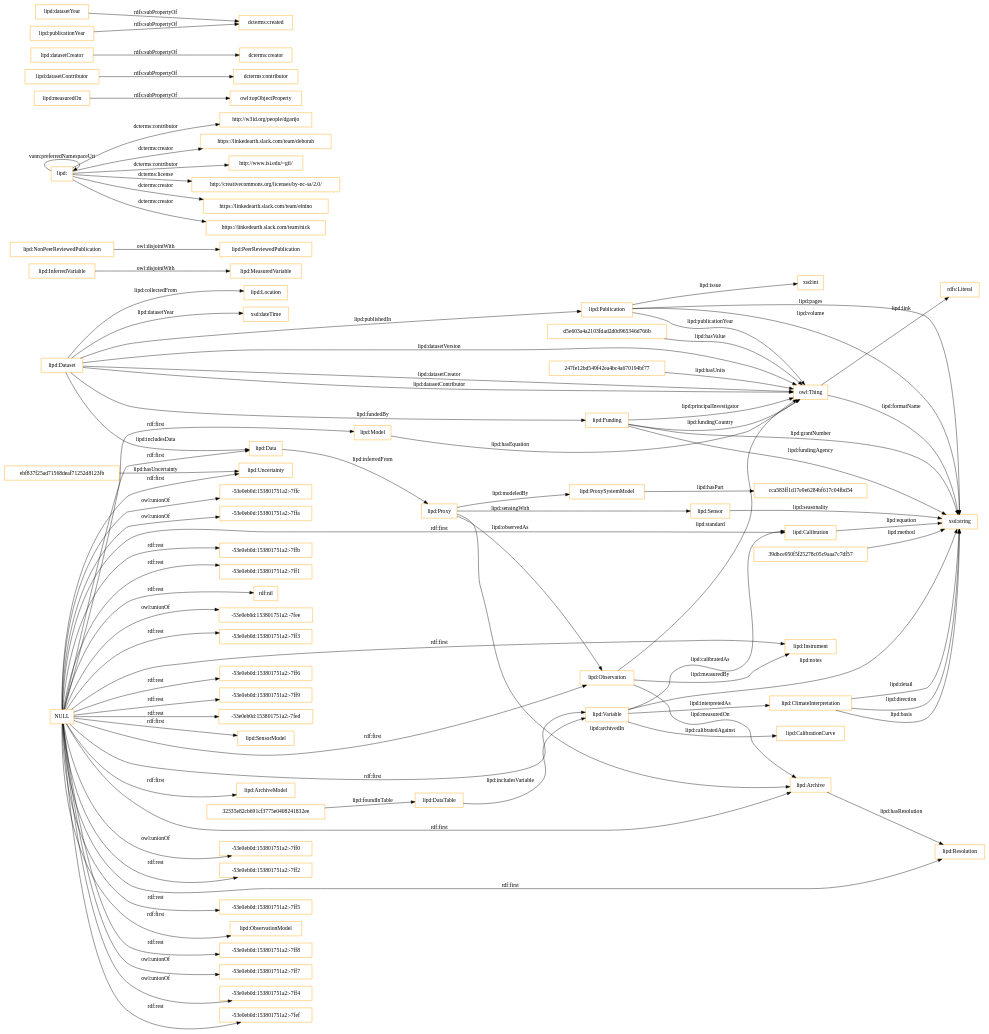
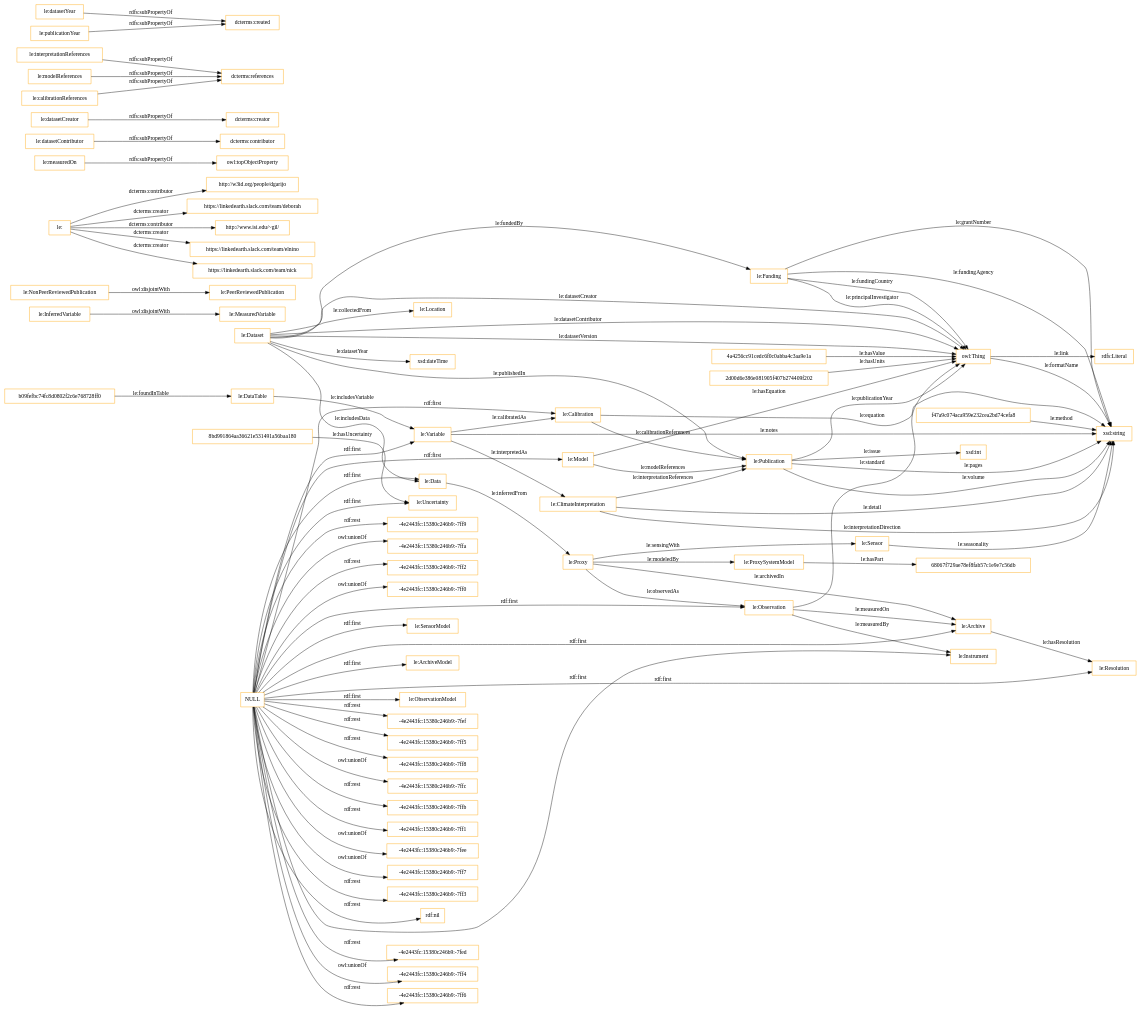
One commit to dgarijo/Ontology changed the diagram in OnToology/ontology.owl/diagrams/ar2dtool-class/ontology.owl.png.dot. Above: the diagram before and after it, drawn with Graphviz. The commit also changed 25 other files, not shown here.

```diff
--- a/OnToology/ontology.owl/diagrams/ar2dtool-class/ontology.owl.png.dot
+++ b/OnToology/ontology.owl/diagrams/ar2dtool-class/ontology.owl.png.dot
@@ -1,93 +1,95 @@
 digraph ar2dtool_diagram { 
 rankdir=LR;
 size="1501"
-node [shape = rectangle, color="orange"]; "lipd:Sensor" "lipd:Funding" "lipd:Resolution" "lipd:Dataset" "lipd:Publication" "lipd:DataTable" "32335e82cb691cf3775e0408241832ee" "lipd:Model" "lipd:Data" "lipd:SensorModel" "lipd:Location" "lipd:CalibrationCurve" "lipd:Calibration" "lipd:InferredVariable" "lipd:NonPeerReviewedPublication" "lipd:ArchiveModel" "lipd:MeasuredVariable" "lipd:Proxy" "lipd:ProxySystemModel" "lipd:Instrument" "lipd:ObservationModel" "cca583ff1d17e9e6284bf617c04fbd54" "d5e603a4a2103fdad2d0d965346d766b" "lipd:Uncertainty" "lipd:Observation" "247fe12bd549f42ea4bc4a670194bf77" "ebf837f25ad71568deaf71252d8123fb" "lipd:ClimateInterpretation" "lipd:Variable" "lipd:Archive" "39dbce950f5f25278c05c9aaa7c7df57" "lipd:PeerReviewedPublication" ; /*classes style*/
-	"lipd:NonPeerReviewedPublication" -> "lipd:PeerReviewedPublication" [ label = "owl:disjointWith" ];
-	"lipd:" -> "http://w3id.org/people/dgarijo" [ label = "dcterms:contributor" ];
-	"lipd:" -> "https://linkedearth.slack.com/team/deborah" [ label = "dcterms:creator" ];
-	"lipd:" -> "http://www.isi.edu/~gil/" [ label = "dcterms:contributor" ];
-	"lipd:" -> "http://creativecommons.org/licenses/by-nc-sa/2.0/" [ label = "dcterms:license" ];
-	"lipd:" -> "https://linkedearth.slack.com/team/elnino" [ label = "dcterms:creator" ];
-	"lipd:" -> "https://linkedearth.slack.com/team/nick" [ label = "dcterms:creator" ];
-	"lipd:" -> "lipd:" [ label = "vann:preferredNamespaceUri" ];
-	"lipd:measuredOn" -> "owl:topObjectProperty" [ label = "rdfs:subPropertyOf" ];
-	"lipd:datasetContributor" -> "dcterms:contributor" [ label = "rdfs:subPropertyOf" ];
-	"lipd:datasetCreator" -> "dcterms:creator" [ label = "rdfs:subPropertyOf" ];
-	"NULL" -> "lipd:Instrument" [ label = "rdf:first" ];
-	"NULL" -> "lipd:SensorModel" [ label = "rdf:first" ];
-	"NULL" -> "-53e0eb0d:153801751a2:-7ff2" [ label = "rdf:rest" ];
-	"NULL" -> "-53e0eb0d:153801751a2:-7ff5" [ label = "rdf:rest" ];
-	"NULL" -> "-53e0eb0d:153801751a2:-7ff8" [ label = "rdf:rest" ];
-	"NULL" -> "lipd:Archive" [ label = "rdf:first" ];
-	"NULL" -> "lipd:ObservationModel" [ label = "rdf:first" ];
-	"NULL" -> "-53e0eb0d:153801751a2:-7ff7" [ label = "owl:unionOf" ];
-	"NULL" -> "-53e0eb0d:153801751a2:-7ff4" [ label = "owl:unionOf" ];
-	"NULL" -> "-53e0eb0d:153801751a2:-7fef" [ label = "rdf:rest" ];
-	"NULL" -> "-53e0eb0d:153801751a2:-7ffc" [ label = "owl:unionOf" ];
-	"NULL" -> "-53e0eb0d:153801751a2:-7ffa" [ label = "owl:unionOf" ];
-	"NULL" -> "lipd:Variable" [ label = "rdf:first" ];
-	"NULL" -> "-53e0eb0d:153801751a2:-7ffb" [ label = "rdf:rest" ];
-	"NULL" -> "-53e0eb0d:153801751a2:-7ff1" [ label = "rdf:rest" ];
-	"NULL" -> "lipd:Uncertainty" [ label = "rdf:first" ];
+node [shape = rectangle, color="orange"]; "le:Sensor" "b09fefbc74fc8d0802f2c6e768728ff0" "2d00d6e386e081905f407b274409f202" "le:Funding" "le:Dataset" "le:Resolution" "68067f729ae78ef8fab57c1e9e7c56db" "le:Publication" "le:DataTable" "le:Model" "le:Data" "4a4256cc91cedc6f0c0abba4c3aa9e1a" "le:SensorModel" "le:Location" "le:Calibration" "le:InferredVariable" "le:NonPeerReviewedPublication" "le:ArchiveModel" "le:MeasuredVariable" "le:Proxy" "le:ProxySystemModel" "le:Instrument" "le:ObservationModel" "le:Uncertainty" "le:Observation" "f47a9c074aca959e232cea2bd74cefa8" "le:ClimateInterpretation" "le:Variable" "8bd991864aa36621e531491a56baa180" "le:Archive" "le:PeerReviewedPublication" ; /*classes style*/
+	"le:NonPeerReviewedPublication" -> "le:PeerReviewedPublication" [ label = "owl:disjointWith" ];
+	"le:" -> "http://w3id.org/people/dgarijo" [ label = "dcterms:contributor" ];
+	"le:" -> "https://linkedearth.slack.com/team/deborah" [ label = "dcterms:creator" ];
+	"le:" -> "http://www.isi.edu/~gil/" [ label = "dcterms:contributor" ];
+	"le:" -> "https://linkedearth.slack.com/team/elnino" [ label = "dcterms:creator" ];
+	"le:" -> "https://linkedearth.slack.com/team/nick" [ label = "dcterms:creator" ];
+	"le:measuredOn" -> "owl:topObjectProperty" [ label = "rdfs:subPropertyOf" ];
+	"le:datasetContributor" -> "dcterms:contributor" [ label = "rdfs:subPropertyOf" ];
+	"le:datasetCreator" -> "dcterms:creator" [ label = "rdfs:subPropertyOf" ];
+	"le:interpretationReferences" -> "dcterms:references" [ label = "rdfs:subPropertyOf" ];
+	"le:modelReferences" -> "dcterms:references" [ label = "rdfs:subPropertyOf" ];
+	"le:calibrationReferences" -> "dcterms:references" [ label = "rdfs:subPropertyOf" ];
+	"NULL" -> "-4e2443fc:15380c246b9:-7ff5" [ label = "rdf:rest" ];
+	"NULL" -> "-4e2443fc:15380c246b9:-7ff8" [ label = "rdf:rest" ];
+	"NULL" -> "le:Instrument" [ label = "rdf:first" ];
+	"NULL" -> "le:SensorModel" [ label = "rdf:first" ];
+	"NULL" -> "-4e2443fc:15380c246b9:-7ffc" [ label = "owl:unionOf" ];
+	"NULL" -> "le:Archive" [ label = "rdf:first" ];
+	"NULL" -> "-4e2443fc:15380c246b9:-7ffb" [ label = "rdf:rest" ];
+	"NULL" -> "-4e2443fc:15380c246b9:-7ff1" [ label = "rdf:rest" ];
+	"NULL" -> "le:ObservationModel" [ label = "rdf:first" ];
+	"NULL" -> "-4e2443fc:15380c246b9:-7fee" [ label = "owl:unionOf" ];
+	"NULL" -> "-4e2443fc:15380c246b9:-7ff7" [ label = "owl:unionOf" ];
+	"NULL" -> "le:Variable" [ label = "rdf:first" ];
+	"NULL" -> "le:Uncertainty" [ label = "rdf:first" ];
+	"NULL" -> "-4e2443fc:15380c246b9:-7ff3" [ label = "rdf:rest" ];
 	"NULL" -> "rdf:nil" [ label = "rdf:rest" ];
-	"NULL" -> "-53e0eb0d:153801751a2:-7fee" [ label = "owl:unionOf" ];
-	"NULL" -> "lipd:Calibration" [ label = "rdf:first" ];
-	"NULL" -> "-53e0eb0d:153801751a2:-7ff3" [ label = "rdf:rest" ];
-	"NULL" -> "lipd:Data" [ label = "rdf:first" ];
-	"NULL" -> "-53e0eb0d:153801751a2:-7ff6" [ label = "rdf:rest" ];
-	"NULL" -> "-53e0eb0d:153801751a2:-7ff9" [ label = "rdf:rest" ];
-	"NULL" -> "lipd:Model" [ label = "rdf:first" ];
-	"NULL" -> "lipd:Observation" [ label = "rdf:first" ];
-	"NULL" -> "lipd:Resolution" [ label = "rdf:first" ];
-	"NULL" -> "lipd:ArchiveModel" [ label = "rdf:first" ];
-	"NULL" -> "-53e0eb0d:153801751a2:-7fed" [ label = "rdf:rest" ];
-	"NULL" -> "-53e0eb0d:153801751a2:-7ff0" [ label = "owl:unionOf" ];
-	"lipd:datasetYear" -> "dcterms:created" [ label = "rdfs:subPropertyOf" ];
-	"lipd:publicationYear" -> "dcterms:created" [ label = "rdfs:subPropertyOf" ];
-	"lipd:InferredVariable" -> "lipd:MeasuredVariable" [ label = "owl:disjointWith" ];
-	"lipd:ClimateInterpretation" -> "xsd:string" [ label = "lipd:direction" ];
-	"lipd:Dataset" -> "lipd:Funding" [ label = "lipd:fundedBy" ];
-	"lipd:Funding" -> "owl:Thing" [ label = "lipd:fundingCountry" ];
-	"lipd:Dataset" -> "lipd:Location" [ label = "lipd:collectedFrom" ];
-	"lipd:Dataset" -> "owl:Thing" [ label = "lipd:datasetCreator" ];
-	"lipd:Publication" -> "owl:Thing" [ label = "lipd:publicationYear" ];
-	"lipd:Variable" -> "xsd:string" [ label = "lipd:notes" ];
-	"lipd:Model" -> "owl:Thing" [ label = "lipd:hasEquation" ];
-	"lipd:Dataset" -> "owl:Thing" [ label = "lipd:datasetContributor" ];
-	"lipd:Proxy" -> "lipd:Archive" [ label = "lipd:archivedIn" ];
-	"owl:Thing" -> "xsd:string" [ label = "lipd:formatName" ];
-	"lipd:Funding" -> "xsd:string" [ label = "lipd:grantNumber" ];
-	"39dbce950f5f25278c05c9aaa7c7df57" -> "xsd:string" [ label = "lipd:method" ];
-	"lipd:ProxySystemModel" -> "cca583ff1d17e9e6284bf617c04fbd54" [ label = "lipd:hasPart" ];
-	"lipd:Dataset" -> "lipd:Publication" [ label = "lipd:publishedIn" ];
-	"32335e82cb691cf3775e0408241832ee" -> "lipd:DataTable" [ label = "lipd:foundInTable" ];
-	"lipd:Publication" -> "xsd:int" [ label = "lipd:issue" ];
-	"lipd:Funding" -> "owl:Thing" [ label = "lipd:principalInvestigator" ];
-	"lipd:Dataset" -> "xsd:dateTime" [ label = "lipd:datasetYear" ];
-	"lipd:DataTable" -> "lipd:Variable" [ label = "lipd:includesVariable" ];
-	"lipd:Proxy" -> "lipd:Observation" [ label = "lipd:observedAs" ];
-	"lipd:Calibration" -> "xsd:string" [ label = "lipd:equation" ];
-	"lipd:Observation" -> "lipd:Instrument" [ label = "lipd:measuredBy" ];
-	"lipd:Funding" -> "xsd:string" [ label = "lipd:fundingAgency" ];
-	"lipd:Proxy" -> "lipd:ProxySystemModel" [ label = "lipd:modeledBy" ];
-	"lipd:Archive" -> "lipd:Resolution" [ label = "lipd:hasResolution" ];
-	"lipd:Variable" -> "lipd:Calibration" [ label = "lipd:calibratedAs" ];
-	"lipd:ClimateInterpretation" -> "xsd:string" [ label = "lipd:basis" ];
-	"owl:Thing" -> "rdfs:Literal" [ label = "lipd:link" ];
-	"lipd:Observation" -> "owl:Thing" [ label = "lipd:standard" ];
-	"lipd:Publication" -> "xsd:string" [ label = "lipd:pages" ];
-	"ebf837f25ad71568deaf71252d8123fb" -> "lipd:Uncertainty" [ label = "lipd:hasUncertainty" ];
-	"lipd:Variable" -> "lipd:CalibrationCurve" [ label = "lipd:calibratedAgainst" ];
-	"lipd:Sensor" -> "xsd:string" [ label = "lipd:seasonality" ];
-	"lipd:Data" -> "lipd:Proxy" [ label = "lipd:inferredFrom" ];
-	"247fe12bd549f42ea4bc4a670194bf77" -> "owl:Thing" [ label = "lipd:hasUnits" ];
-	"lipd:Proxy" -> "lipd:Sensor" [ label = "lipd:sensingWith" ];
-	"lipd:ClimateInterpretation" -> "xsd:string" [ label = "lipd:detail" ];
-	"lipd:Publication" -> "xsd:string" [ label = "lipd:volume" ];
-	"lipd:Observation" -> "lipd:Archive" [ label = "lipd:measuredOn" ];
-	"lipd:Dataset" -> "lipd:Data" [ label = "lipd:includesData" ];
-	"d5e603a4a2103fdad2d0d965346d766b" -> "owl:Thing" [ label = "lipd:hasValue" ];
-	"lipd:Dataset" -> "owl:Thing" [ label = "lipd:datasetVersion" ];
-	"lipd:Variable" -> "lipd:ClimateInterpretation" [ label = "lipd:interpretedAs" ];
+	"NULL" -> "-4e2443fc:15380c246b9:-7fed" [ label = "rdf:rest" ];
+	"NULL" -> "-4e2443fc:15380c246b9:-7ff4" [ label = "owl:unionOf" ];
+	"NULL" -> "-4e2443fc:15380c246b9:-7ff6" [ label = "rdf:rest" ];
+	"NULL" -> "le:Calibration" [ label = "rdf:first" ];
+	"NULL" -> "-4e2443fc:15380c246b9:-7ff9" [ label = "rdf:rest" ];
+	"NULL" -> "-4e2443fc:15380c246b9:-7ffa" [ label = "owl:unionOf" ];
+	"NULL" -> "le:Data" [ label = "rdf:first" ];
+	"NULL" -> "-4e2443fc:15380c246b9:-7ff2" [ label = "rdf:rest" ];
+	"NULL" -> "le:Observation" [ label = "rdf:first" ];
+	"NULL" -> "le:Model" [ label = "rdf:first" ];
+	"NULL" -> "-4e2443fc:15380c246b9:-7ff0" [ label = "owl:unionOf" ];
+	"NULL" -> "le:Resolution" [ label = "rdf:first" ];
+	"NULL" -> "le:ArchiveModel" [ label = "rdf:first" ];
+	"NULL" -> "-4e2443fc:15380c246b9:-7fef" [ label = "rdf:rest" ];
+	"le:datasetYear" -> "dcterms:created" [ label = "rdfs:subPropertyOf" ];
+	"le:publicationYear" -> "dcterms:created" [ label = "rdfs:subPropertyOf" ];
+	"le:InferredVariable" -> "le:MeasuredVariable" [ label = "owl:disjointWith" ];
+	"le:Calibration" -> "le:Publication" [ label = "le:calibrationReferences" ];
+	"le:Dataset" -> "le:Funding" [ label = "le:fundedBy" ];
+	"le:Funding" -> "owl:Thing" [ label = "le:fundingCountry" ];
+	"le:Dataset" -> "le:Location" [ label = "le:collectedFrom" ];
+	"le:Dataset" -> "owl:Thing" [ label = "le:datasetCreator" ];
+	"le:Publication" -> "owl:Thing" [ label = "le:publicationYear" ];
+	"le:Variable" -> "xsd:string" [ label = "le:notes" ];
+	"le:Model" -> "owl:Thing" [ label = "le:hasEquation" ];
+	"le:Dataset" -> "owl:Thing" [ label = "le:datasetContributor" ];
+	"le:Proxy" -> "le:Archive" [ label = "le:archivedIn" ];
+	"owl:Thing" -> "xsd:string" [ label = "le:formatName" ];
+	"le:Funding" -> "xsd:string" [ label = "le:grantNumber" ];
+	"f47a9c074aca959e232cea2bd74cefa8" -> "xsd:string" [ label = "le:method" ];
+	"le:ProxySystemModel" -> "68067f729ae78ef8fab57c1e9e7c56db" [ label = "le:hasPart" ];
+	"le:Dataset" -> "le:Publication" [ label = "le:publishedIn" ];
+	"b09fefbc74fc8d0802f2c6e768728ff0" -> "le:DataTable" [ label = "le:foundInTable" ];
+	"le:Publication" -> "xsd:int" [ label = "le:issue" ];
+	"le:Funding" -> "owl:Thing" [ label = "le:principalInvestigator" ];
+	"le:Dataset" -> "xsd:dateTime" [ label = "le:datasetYear" ];
+	"le:DataTable" -> "le:Variable" [ label = "le:includesVariable" ];
+	"le:Proxy" -> "le:Observation" [ label = "le:observedAs" ];
+	"le:Calibration" -> "xsd:string" [ label = "le:equation" ];
+	"le:Observation" -> "le:Instrument" [ label = "le:measuredBy" ];
+	"le:Funding" -> "xsd:string" [ label = "le:fundingAgency" ];
+	"le:Proxy" -> "le:ProxySystemModel" [ label = "le:modeledBy" ];
+	"le:Archive" -> "le:Resolution" [ label = "le:hasResolution" ];
+	"le:Variable" -> "le:Calibration" [ label = "le:calibratedAs" ];
+	"owl:Thing" -> "rdfs:Literal" [ label = "le:link" ];
+	"le:ClimateInterpretation" -> "xsd:string" [ label = "le:interpretationDirection" ];
+	"le:Model" -> "le:Publication" [ label = "le:modelReferences" ];
+	"le:Observation" -> "owl:Thing" [ label = "le:standard" ];
+	"le:Publication" -> "xsd:string" [ label = "le:pages" ];
+	"8bd991864aa36621e531491a56baa180" -> "le:Uncertainty" [ label = "le:hasUncertainty" ];
+	"le:Sensor" -> "xsd:string" [ label = "le:seasonality" ];
+	"le:Data" -> "le:Proxy" [ label = "le:inferredFrom" ];
+	"2d00d6e386e081905f407b274409f202" -> "owl:Thing" [ label = "le:hasUnits" ];
+	"le:Proxy" -> "le:Sensor" [ label = "le:sensingWith" ];
+	"le:ClimateInterpretation" -> "xsd:string" [ label = "le:detail" ];
+	"le:Publication" -> "xsd:string" [ label = "le:volume" ];
+	"le:Observation" -> "le:Archive" [ label = "le:measuredOn" ];
+	"le:Dataset" -> "le:Data" [ label = "le:includesData" ];
+	"4a4256cc91cedc6f0c0abba4c3aa9e1a" -> "owl:Thing" [ label = "le:hasValue" ];
+	"le:Dataset" -> "owl:Thing" [ label = "le:datasetVersion" ];
+	"le:ClimateInterpretation" -> "le:Publication" [ label = "le:interpretationReferences" ];
+	"le:Variable" -> "le:ClimateInterpretation" [ label = "le:interpretedAs" ];
 
 }
```
